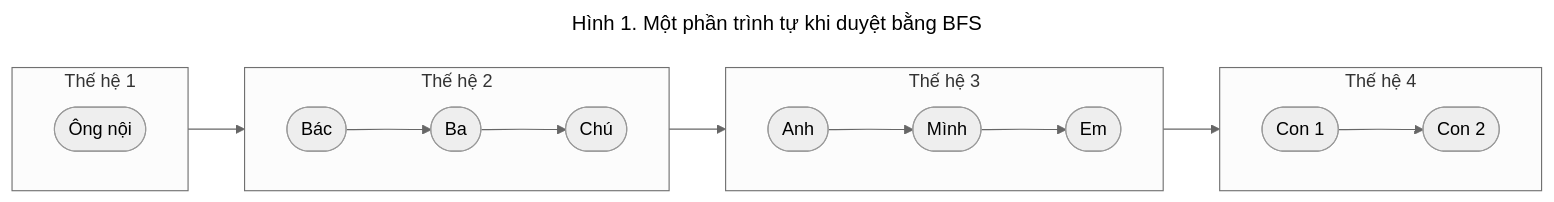
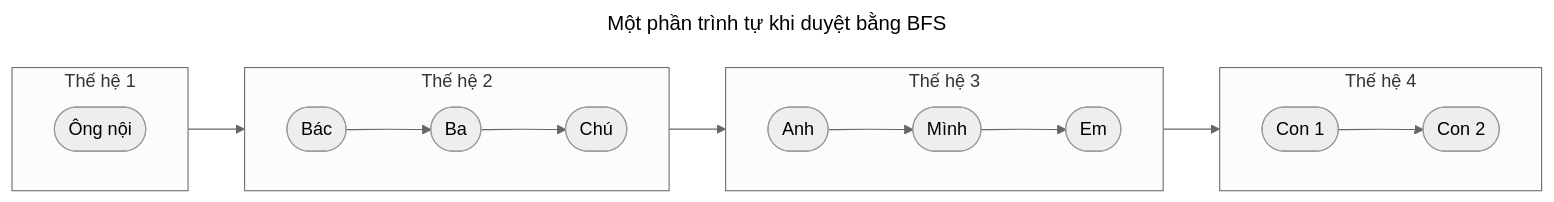
One commit to vtchitruong/vtchitruong.github.io changed the first of 2 diagrams in docs/advanced/graph/bfs.md. Above: the diagram before and after it, drawn with Mermaid (neutral theme). The commit also changed other lines of this file and 4 other files, not shown here.

````diff
--- a/docs/advanced/graph/bfs.md
+++ b/docs/advanced/graph/bfs.md
@@ -19,29 +21,29 @@
 ``` mermaid
 ---
-title: Hình 1. Một phần trình tự khi duyệt bằng BFS
+title: Một phần trình tự khi duyệt bằng BFS
 ---
 graph LR
     subgraph "Thế hệ 1"
         direction LR
         ong_noi([Ông nội])
     end
 
     subgraph "Thế hệ 2"
         direction LR
         bac([Bác]) --> ba([Ba]) --> chu([Chú])
     end
 
     subgraph "Thế hệ 3"
         direction LR
         anh([Anh]) --> minh([Mình]) --> em([Em])        
     end
 
     subgraph "Thế hệ 4"
         direction LR                
         con_1([Con 1]) --> con_2([Con 2])
     end
 
     ong_noi --> bac
     chu --> anh
     em --> con_1
 ```
````
